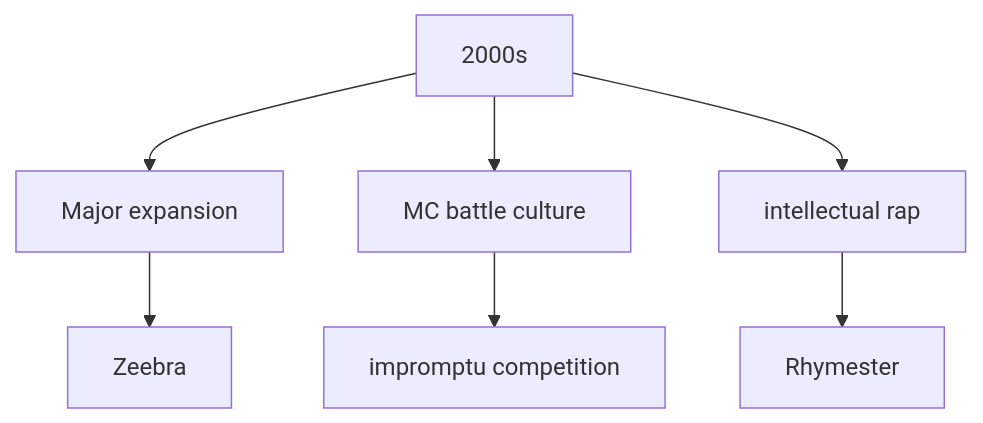
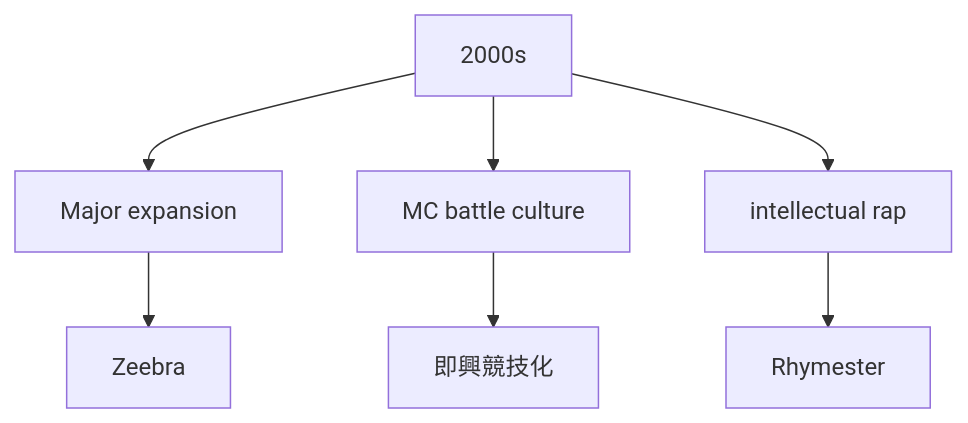
One commit to monumental-movement/monumental-movement.github.io changed the second of 5 diagrams in en/_posts/2026-06-27-column-japanese-hiphop.md. Above: the diagram before and after it, drawn with Mermaid. The commit also changed other lines of this file and 2196 other files, not shown here.

```diff
--- a/en/_posts/2026-06-27-column-japanese-hiphop.md
+++ b/en/_posts/2026-06-27-column-japanese-hiphop.md
@@ -113,9 +113,9 @@
 <div class="mermaid">
 flowchart TD
 A[2000s] --> B[Major expansion]
 A --> C[MC battle culture]
 A --> D[intellectual rap]
 B --> E[Zeebra]
-C --> F[impromptu competition]
+C --> F[即興競技化]
 D --> G[Rhymester]
 </div>
```
